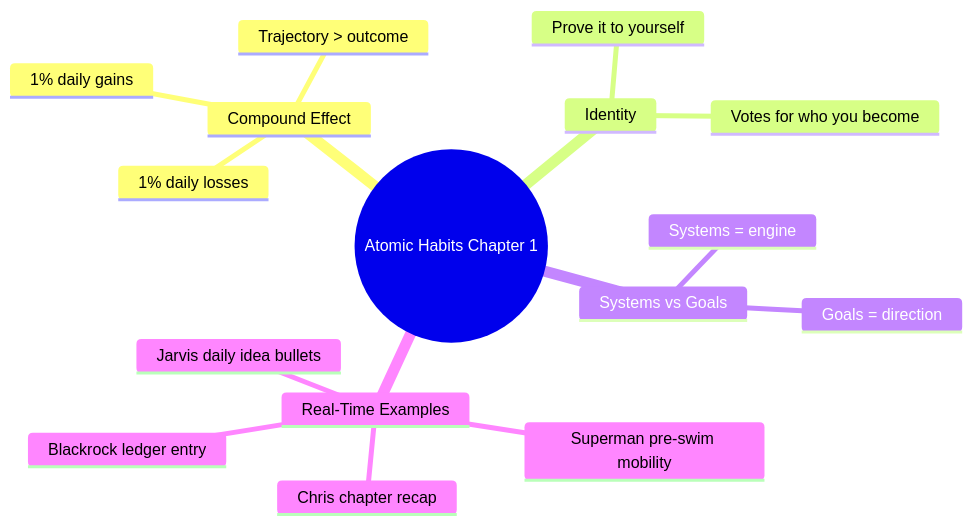
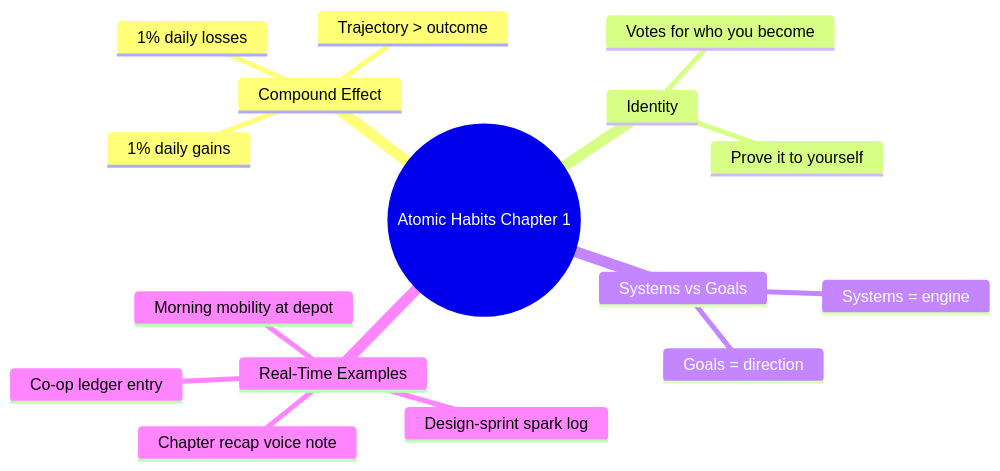
The diagram in Life-Systems/06-Books/Atomic Habits Journal.md (indiana12/Mission-values), drawn with Mermaid before and after one commit. The commit also changed other lines of this file and 7 other files, not shown here.

````diff
--- a/Life-Systems/06-Books/Atomic Habits Journal.md
+++ b/Life-Systems/06-Books/Atomic Habits Journal.md
@@ -31,19 +47,19 @@
 ```mermaid
 mindmap
   root((Atomic Habits Chapter 1))
     Compound Effect
       1% daily gains
       1% daily losses
       Trajectory > outcome
     Identity
       Prove it to yourself
       Votes for who you become
     Systems vs Goals
       Goals = direction
       Systems = engine
     Real-Time Examples
-      Superman pre-swim mobility
-      Blackrock ledger entry
-      Jarvis daily idea bullets
-      Chris chapter recap
+      Morning mobility at depot
+      Co-op ledger entry
+      Design-sprint spark log
+      Chapter recap voice note
 ```
````
